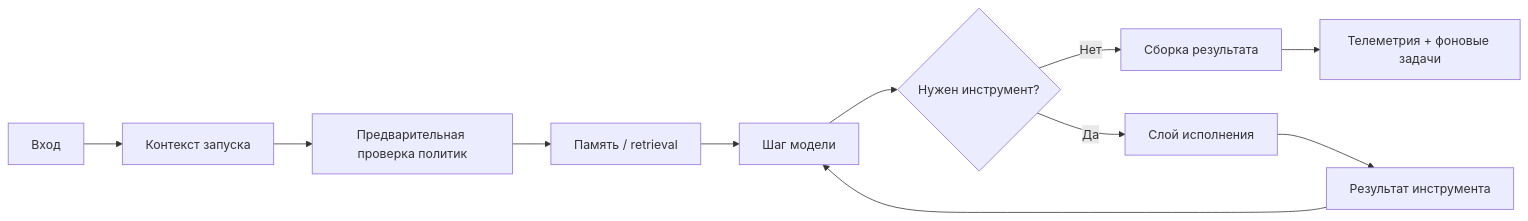
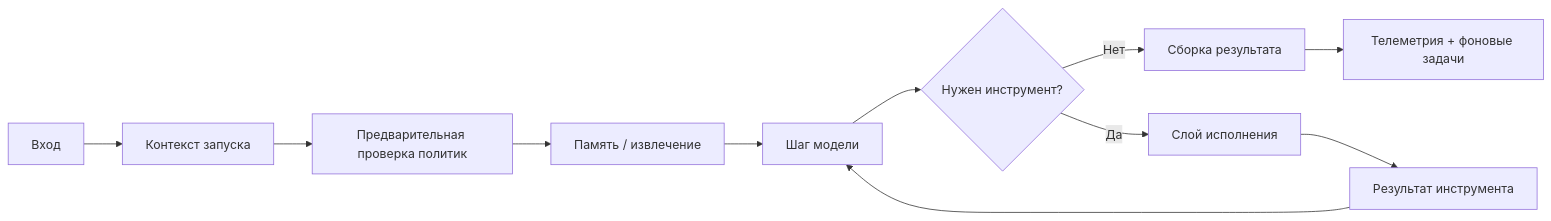
Before and after one commit to agent-axiom/agent-arch: the diagram in docs/book/part-vii/chapter-16.md, drawn with Mermaid. The commit also changed other lines of this file and 26 other files, not shown here.

````diff
--- a/docs/book/part-vii/chapter-16.md
+++ b/docs/book/part-vii/chapter-16.md
@@ -65,13 +65,13 @@
 ``` mermaid
 flowchart LR
     A["Вход"] --> B["Контекст запуска"]
     B --> C["Предварительная проверка политик"]
-    C --> D["Память / retrieval"]
+    C --> D["Память / извлечение"]
     D --> E["Шаг модели"]
     E --> F{"Нужен инструмент?"}
     F -->|Нет| G["Сборка результата"]
     F -->|Да| H["Слой исполнения"]
     H --> I["Результат инструмента"]
     I --> E
     G --> J["Телеметрия + фоновые задачи"]
 ```
````
